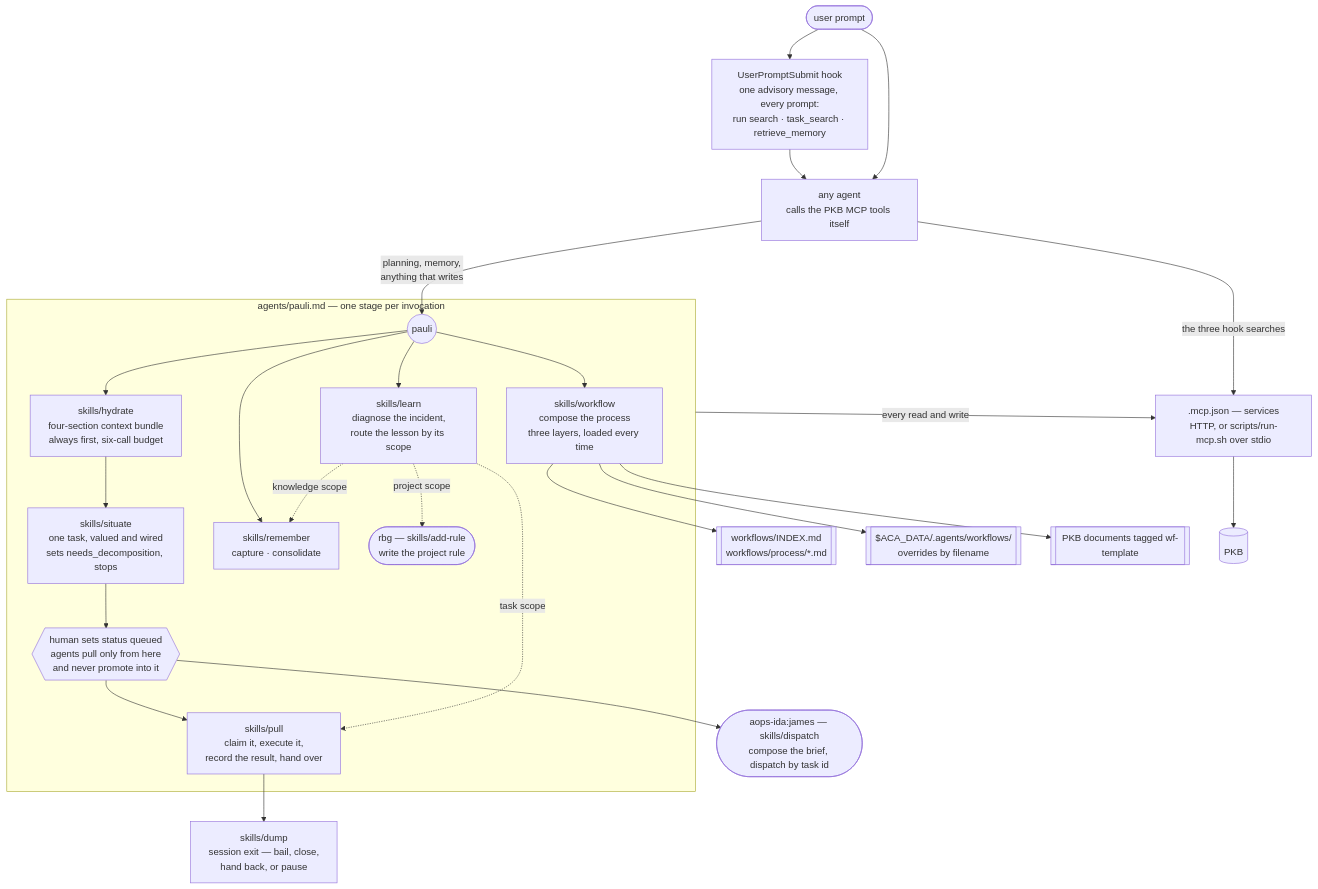
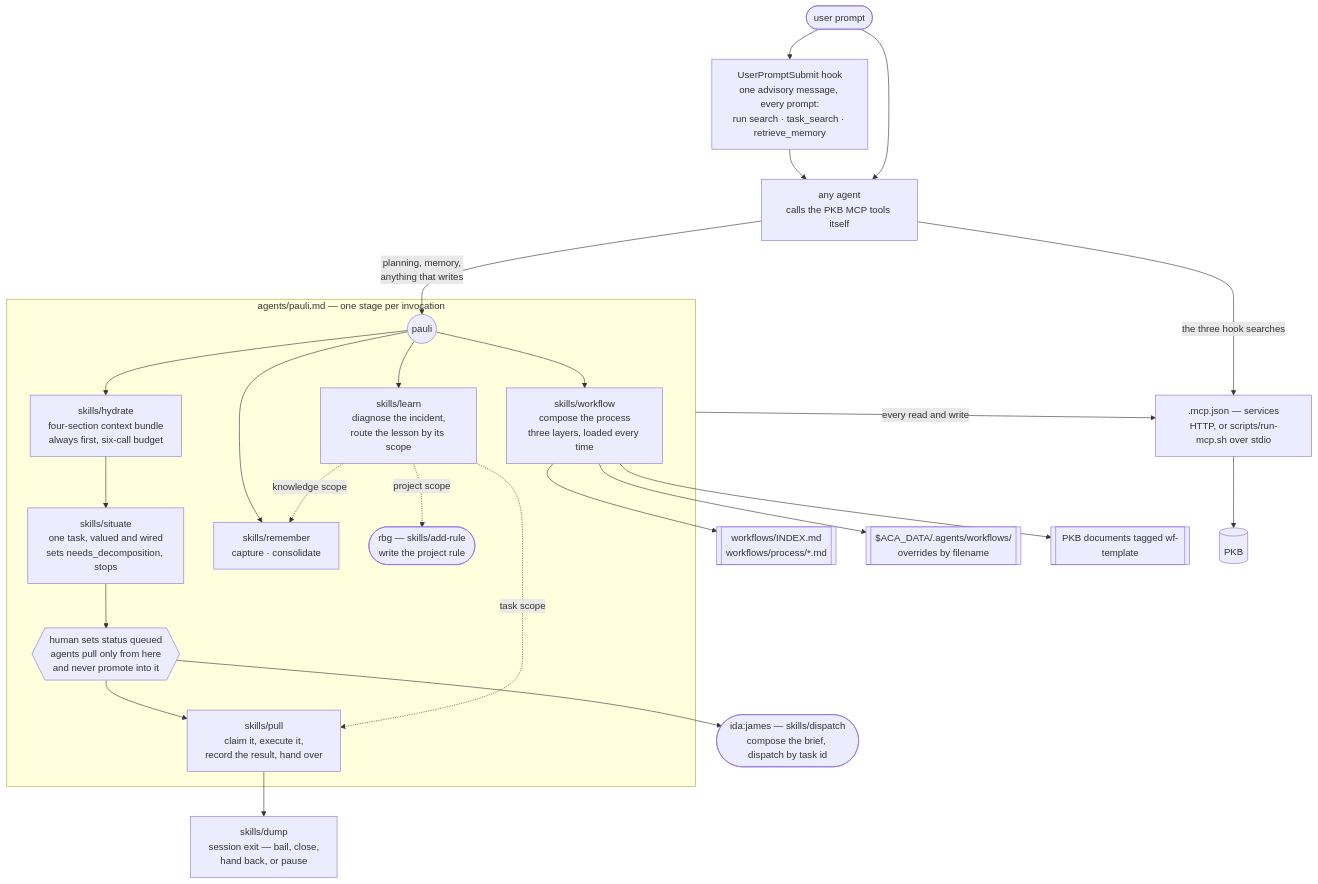
One commit to nicsuzor/academicOps changed the diagram in plugins/pkb/README.md. Above: the diagram before and after it, drawn with Mermaid. The commit also changed other lines of this file and 34 other files, not shown here.

````diff
--- a/plugins/pkb/README.md
+++ b/plugins/pkb/README.md
@@ -8,40 +8,40 @@
 ```mermaid
 flowchart TD
     prompt([user prompt]) --> hook
 
     hook["UserPromptSubmit hook<br/>one advisory message, every prompt:<br/>run search · task_search · retrieve_memory"]
     hook --> agent
     prompt --> agent["any agent<br/>calls the PKB MCP tools itself"]
 
     agent -- "planning, memory,<br/>anything that writes" --> pauli
 
     subgraph pkbwrite["agents/pauli.md — one stage per invocation"]
         pauli(("pauli"))
         pauli --> hydrate["skills/hydrate<br/>four-section context bundle<br/>always first, six-call budget"]
 
         hydrate --> situate["skills/situate<br/>one task, valued and wired<br/>sets needs_decomposition, stops"]
         situate --> gate{{"human sets status queued<br/>agents pull only from here<br/>and never promote into it"}}
         gate --> pull["skills/pull<br/>claim it, execute it,<br/>record the result, hand over"]
 
         pauli --> composer["skills/workflow<br/>compose the process<br/>three layers, loaded every time"]
         pauli --> remember["skills/remember<br/>capture · consolidate"]
         pauli --> learn["skills/learn<br/>diagnose the incident,<br/>route the lesson by its scope"]
 
         learn -. knowledge scope .-> remember
         learn -. project scope .-> addrule(["rbg — skills/add-rule<br/>write the project rule"])
         learn -. task scope .-> pull
     end
 
     pull --> dump["skills/dump<br/>session exit — bail, close,<br/>hand back, or pause"]
 
     composer --> library[["workflows/INDEX.md<br/>workflows/process/*.md"]]
     composer --> userlayer[["$ACA_DATA/.agents/workflows/<br/>overrides by filename"]]
     composer --> wftemplates[["PKB documents tagged wf-template"]]
 
     pkbwrite -- "every read and write" --> mcp
     agent -- "the three hook searches" --> mcp
 
     mcp[".mcp.json — services<br/>HTTP, or scripts/run-mcp.sh over stdio"] --> pkbstore[(PKB)]
 
-    gate --> dispatch(["aops-ida:james — skills/dispatch<br/>compose the brief, dispatch by task id"])
+    gate --> dispatch(["ida:james — skills/dispatch<br/>compose the brief, dispatch by task id"])
 ```
````
